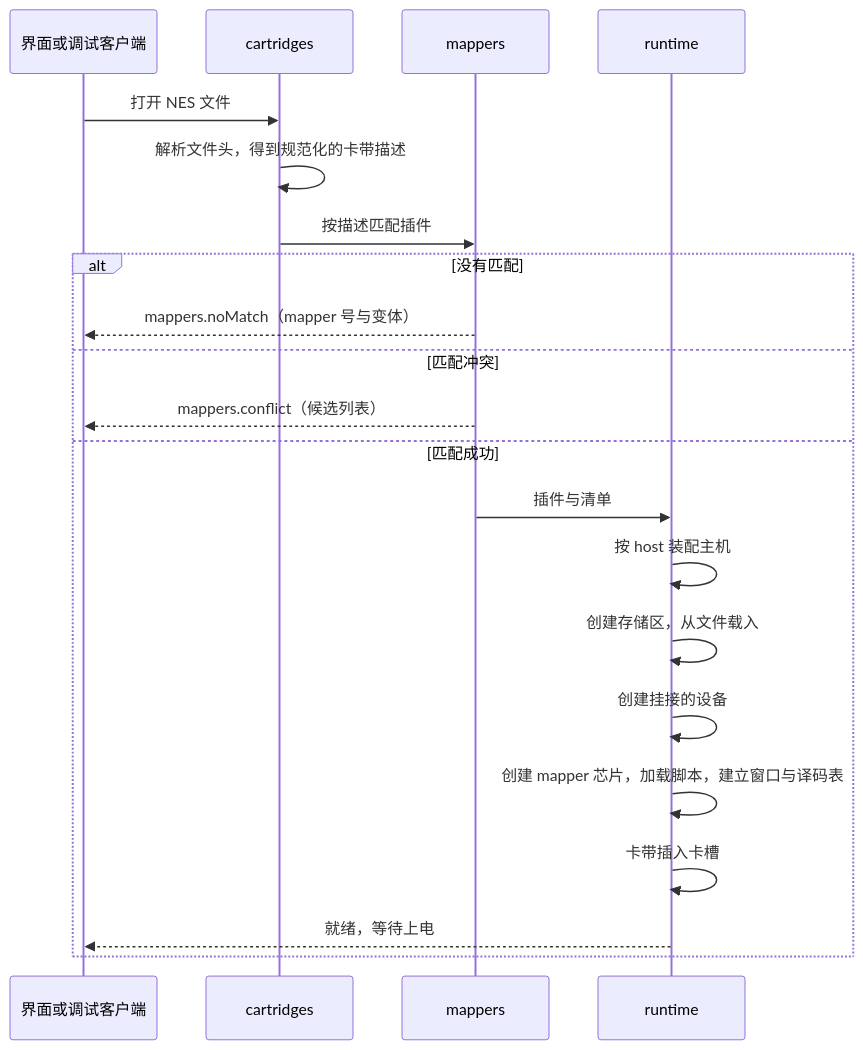
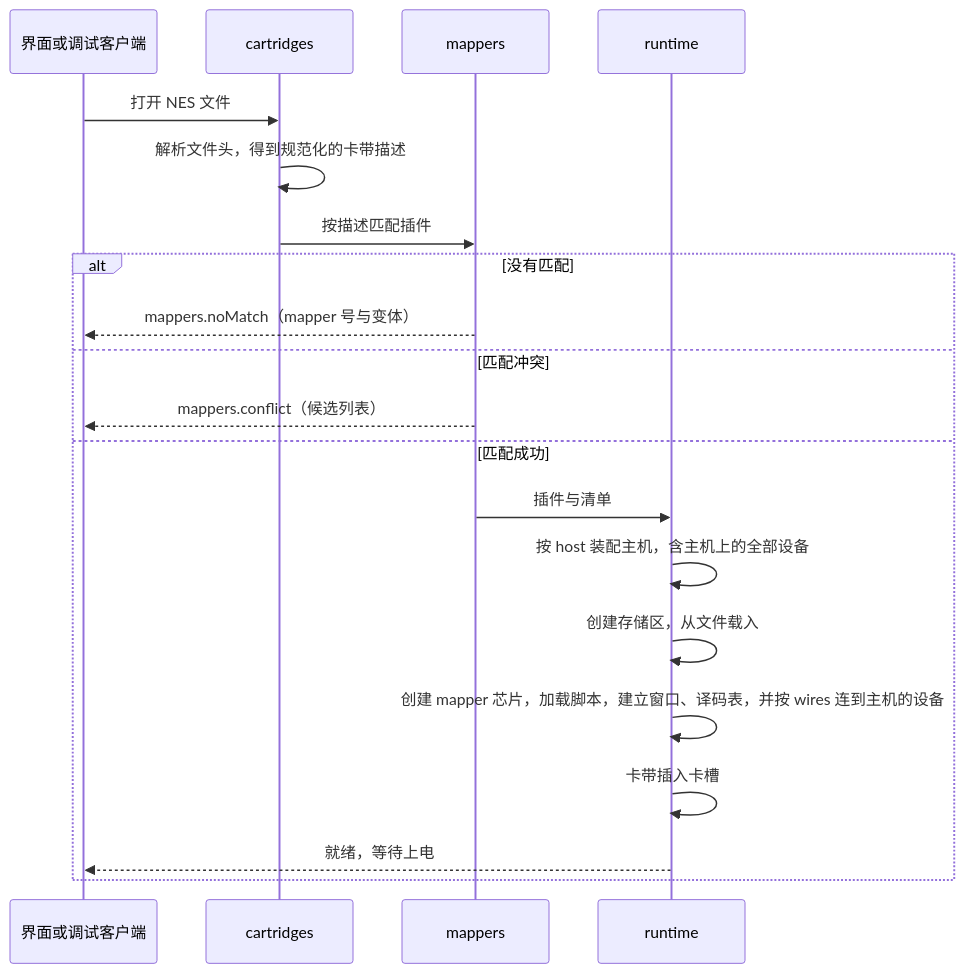
One commit to sungbindev/famiclone changed the diagram in virtuanes2/docs/03-mapper插件规范.md. Above: the diagram before and after it, drawn with Mermaid. The commit also changed other lines of this file and 6 other files, not shown here.

````diff
--- a/virtuanes2/docs/03-mapper插件规范.md
+++ b/virtuanes2/docs/03-mapper插件规范.md
@@ -143,23 +150,22 @@
 ```mermaid
 sequenceDiagram
   participant UI as 界面或调试客户端
   participant CART as cartridges
   participant MAPS as mappers
   participant RT as runtime
   UI->>CART: 打开 NES 文件
   CART->>CART: 解析文件头，得到规范化的卡带描述
   CART->>MAPS: 按描述匹配插件
   alt 没有匹配
     MAPS-->>UI: mappers.noMatch（mapper 号与变体）
   else 匹配冲突
     MAPS-->>UI: mappers.conflict（候选列表）
   else 匹配成功
     MAPS->>RT: 插件与清单
-    RT->>RT: 按 host 装配主机
+    RT->>RT: 按 host 装配主机，含主机上的全部设备
     RT->>RT: 创建存储区，从文件载入
-    RT->>RT: 创建挂接的设备
-    RT->>RT: 创建 mapper 芯片，加载脚本，建立窗口与译码表
+    RT->>RT: 创建 mapper 芯片，加载脚本，建立窗口、译码表，并按 wires 连到主机的设备
     RT->>RT: 卡带插入卡槽
     RT-->>UI: 就绪，等待上电
   end
 ```
````
